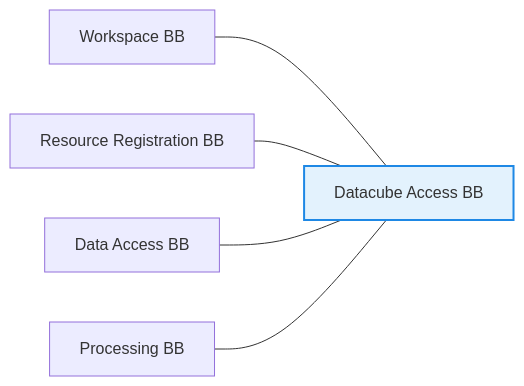
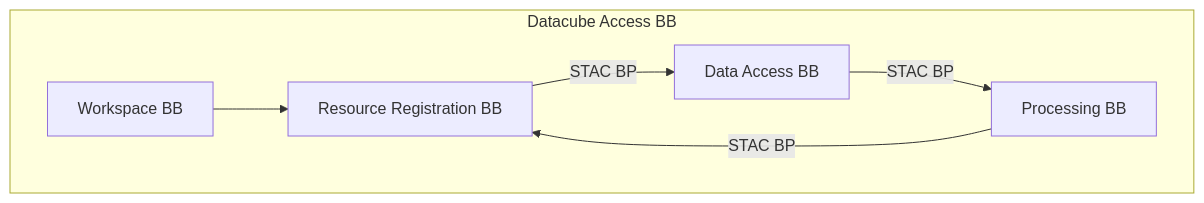
The diagram in docs/design/overview.md (EOEPCA/datacube-access), drawn with Mermaid before and after one commit.

Commit message:
docs: Update flowchart

````diff
--- a/docs/design/overview.md
+++ b/docs/design/overview.md
@@ -25,11 +25,15 @@
 ``` mermaid
 flowchart LR
-    classDef center fill:#e3f2fd,stroke:#1e88e5,stroke-width:2px;
+    %% Background container
+    subgraph DC["Datacube Access BB"]
+        direction LR
+        RR["Resource Registration BB"]
+        DA["Data Access BB"]
+        P["Processing BB"]
 
-    W["Workspace BB"] --- DA["Datacube Access BB"]
-    R["Resource Registration BB"] --- DA
-    D["Data Access BB"] --- DA
-    P["Processing BB"] --- DA
-
-    class DA center;
+        RR -->|STAC BP| DA
+        DA -->|STAC BP| P
+        P -->|STAC BP| RR
+        W["Workspace BB"] --> RR
+    end
 ```
````
